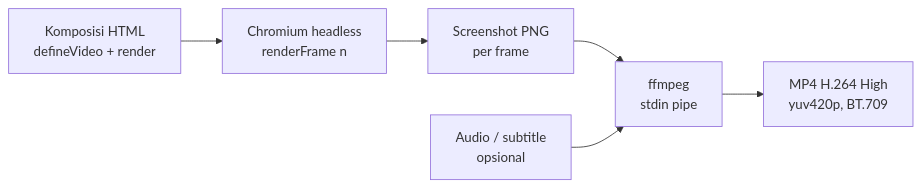
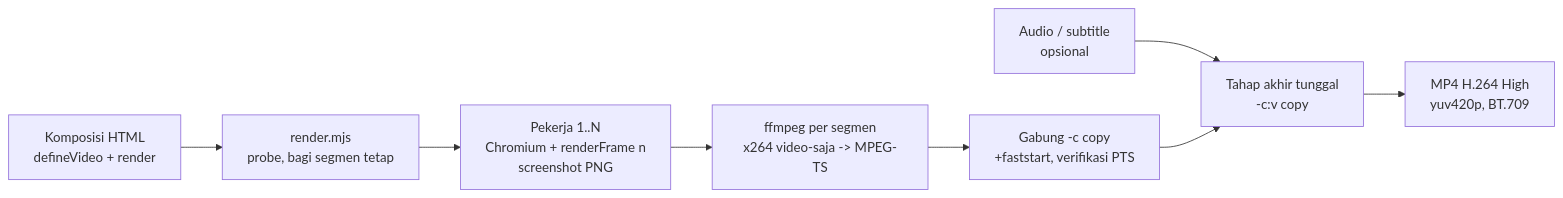
The first of 3 diagrams in docs/arsitektur.md (ahliweb/awvd), drawn with Mermaid before and after one commit. The commit also changed other lines of this file and 7 other files, not shown here.

First line of the commit message:
feat: render lewat segmen tetap dengan pekerja paralel (--paralel), pemanasan 2 frame, dan --tangkap jpeg draf

````diff
--- a/docs/arsitektur.md
+++ b/docs/arsitektur.md
@@ -13,8 +13,10 @@
 ```mermaid
 flowchart LR
-    K[Komposisi HTML<br/>defineVideo + render] --> C[Chromium headless<br/>renderFrame n]
-    C --> P[Screenshot PNG<br/>per frame]
-    P --> F[ffmpeg<br/>stdin pipe]
-    A[Audio / subtitle<br/>opsional] --> F
-    F --> M[MP4 H.264 High<br/>yuv420p, BT.709]
+    K[Komposisi HTML<br/>defineVideo + render] --> O[render.mjs<br/>probe, bagi segmen tetap]
+    O --> P1[Pekerja 1..N<br/>Chromium + renderFrame n<br/>screenshot PNG]
+    P1 --> F[ffmpeg per segmen<br/>x264 video-saja -> MPEG-TS]
+    F --> G[Gabung -c copy<br/>+faststart, verifikasi PTS]
+    A[Audio / subtitle<br/>opsional] --> Z[Tahap akhir tunggal<br/>-c:v copy]
+    G --> Z
+    Z --> M[MP4 H.264 High<br/>yuv420p, BT.709]
 ```
````
